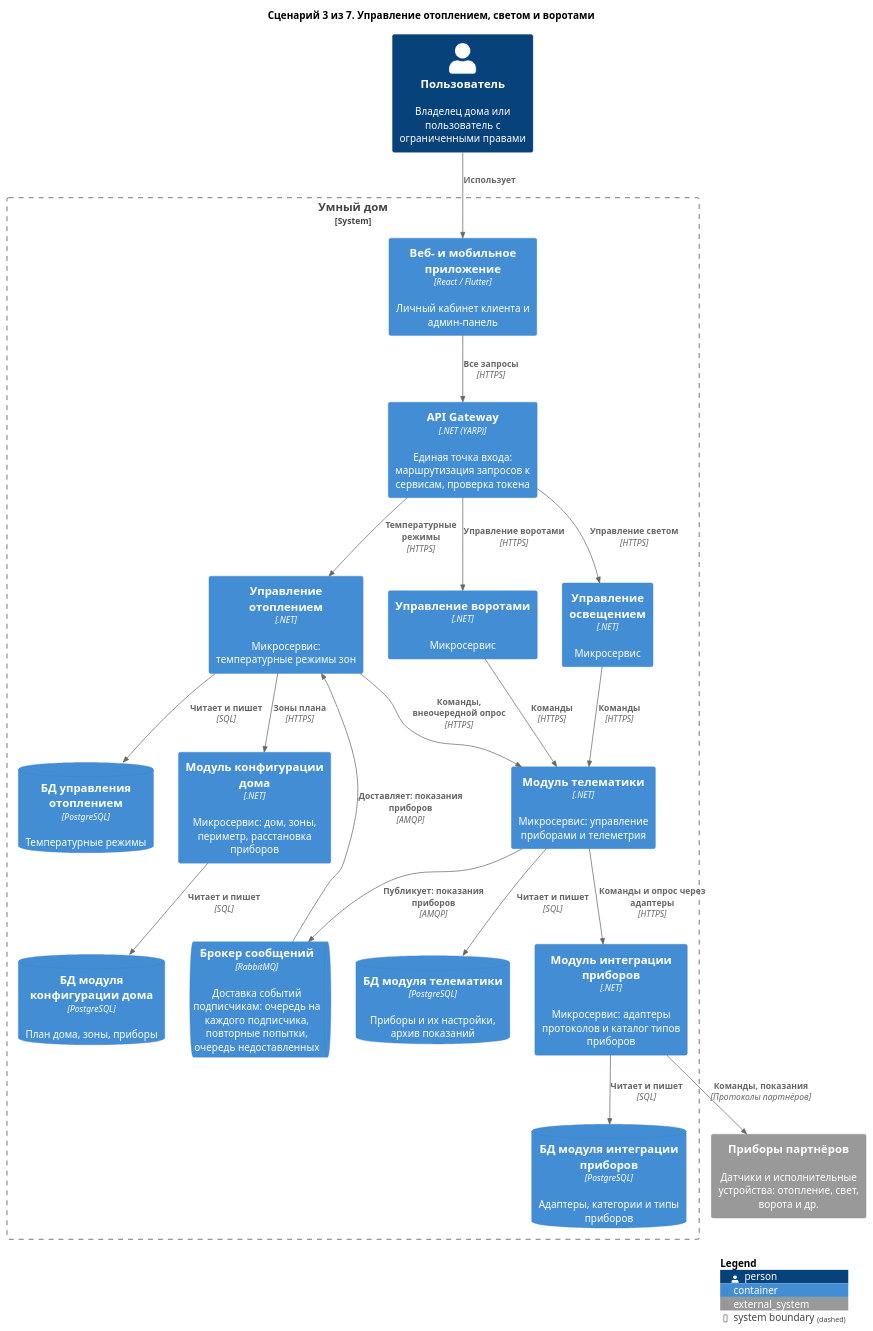
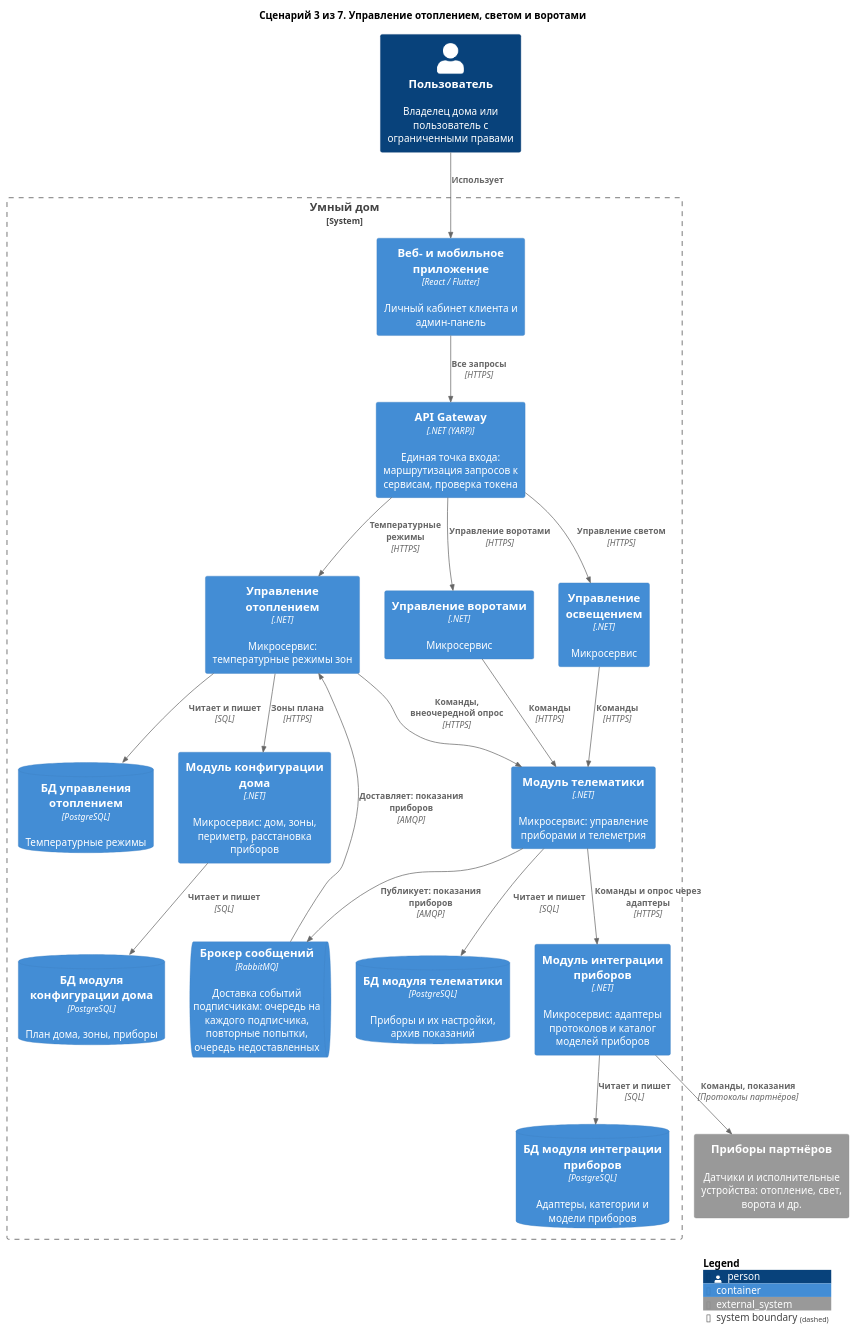
One commit to Lyamin-av/architecture-warmhouse changed the diagram in diagrams/containers-scenarios/03-device-control.puml. Above: the diagram before and after it, drawn with PlantUML. The commit also changed 25 other files, not shown here.

First line of the commit message:
Переименование: «Тип прибора» → «Модель прибора» (каталог, ER, API); «контексты своего типа» → «своей категории»

```diff
--- a/diagrams/containers-scenarios/03-device-control.puml
+++ b/diagrams/containers-scenarios/03-device-control.puml
@@ -1,46 +1,46 @@
 @startuml 03-device-control
 !include <C4/C4_Container>
 
 title Сценарий 3 из 7. Управление отоплением, светом и воротами
 
 Person(user, "Пользователь", "Владелец дома или пользователь с ограниченными правами")
 
 System_Boundary(Warmhouse, "Умный дом") {
     Container(apps, "Веб- и мобильное приложение", "React / Flutter", "Личный кабинет клиента и админ-панель")
     Container(Gateway, "API Gateway", ".NET (YARP)", "Единая точка входа: маршрутизация запросов к сервисам, проверка токена")
     Container(Heating, "Управление отоплением", ".NET", "Микросервис: температурные режимы зон")
     Container(Lighting, "Управление освещением", ".NET", "Микросервис")
     Container(GateControl, "Управление воротами", ".NET", "Микросервис")
     Container(HouseConfigurator, "Модуль конфигурации дома", ".NET", "Микросервис: дом, зоны, периметр, расстановка приборов")
     Container(Telematics, "Модуль телематики", ".NET", "Микросервис: управление приборами и телеметрия")
-    Container(DeviceIntegration, "Модуль интеграции приборов", ".NET", "Микросервис: адаптеры протоколов и каталог типов приборов")
+    Container(DeviceIntegration, "Модуль интеграции приборов", ".NET", "Микросервис: адаптеры протоколов и каталог моделей приборов")
     ContainerQueue(Broker, "Брокер сообщений", "RabbitMQ", "Доставка событий подписчикам: очередь на каждого подписчика, повторные попытки, очередь недоставленных")
     ContainerDb(dbHeating, "БД управления отоплением", "PostgreSQL", "Температурные режимы")
     ContainerDb(dbTelematics, "БД модуля телематики", "PostgreSQL", "Приборы и их настройки, архив показаний")
-    ContainerDb(dbDIS, "БД модуля интеграции приборов", "PostgreSQL", "Адаптеры, категории и типы приборов")
+    ContainerDb(dbDIS, "БД модуля интеграции приборов", "PostgreSQL", "Адаптеры, категории и модели приборов")
     ContainerDb(dbHC, "БД модуля конфигурации дома", "PostgreSQL", "План дома, зоны, приборы")
 }
 
 System_Ext(devices, "Приборы партнёров", "Датчики и исполнительные устройства: отопление, свет, ворота и др.")
 
 Rel(user, apps, "Использует")
 Rel(apps, Gateway, "Все запросы", "HTTPS")
 Rel(Gateway, Heating, "Температурные режимы", "HTTPS")
 Rel(Gateway, Lighting, "Управление светом", "HTTPS")
 Rel(Gateway, GateControl, "Управление воротами", "HTTPS")
 Rel(Heating, HouseConfigurator, "Зоны плана", "HTTPS")
 Rel(Heating, Telematics, "Команды, внеочередной опрос", "HTTPS")
 Rel(Telematics, Broker, "Публикует: показания приборов", "AMQP")
 Rel(Broker, Heating, "Доставляет: показания приборов", "AMQP")
 Rel(Lighting, Telematics, "Команды", "HTTPS")
 Rel(GateControl, Telematics, "Команды", "HTTPS")
 Rel(Telematics, DeviceIntegration, "Команды и опрос через адаптеры", "HTTPS")
 Rel(DeviceIntegration, devices, "Команды, показания", "Протоколы партнёров")
 
 Rel(Heating, dbHeating, "Читает и пишет", "SQL")
 Rel(Telematics, dbTelematics, "Читает и пишет", "SQL")
 Rel(DeviceIntegration, dbDIS, "Читает и пишет", "SQL")
 Rel(HouseConfigurator, dbHC, "Читает и пишет", "SQL")
 
 SHOW_LEGEND()
 @enduml
```
